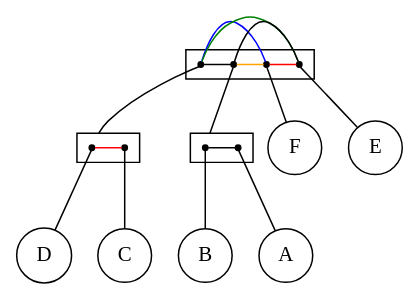
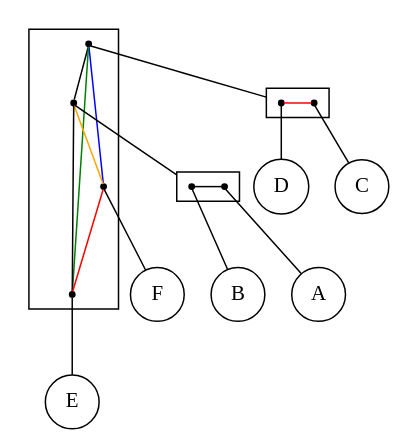
Before and after one commit to lrodrin/TFG: the diagram in src/final/Structure2.dot, drawn with Graphviz. The commit also changed 6 other files, not shown here.

```diff
--- a/src/final/Structure2.dot
+++ b/src/final/Structure2.dot
@@ -1,44 +1,44 @@
 digraph Structure2 {
 compound=true;
 fontname=Verdana;
 fontsize=12;
 newrank=true;
+splines=line;
 node [shape=circle];
 F;
 E;
 B;
 A;
 D;
 C;
-subgraph cluster_DFABEC {
+subgraph cluster_ADBECF {
 node [shape=point];
-s_DC -> s_BA  [color=black, arrowhead=none];
-s_DC -> s_F  [color=blue, arrowhead=none];
-s_DC -> s_E  [color=green, arrowhead=none];
-s_BA -> s_F  [color=orange, arrowhead=none];
-s_BA -> s_E  [color=black, arrowhead=none];
+s_CD -> s_AB  [color=black, arrowhead=none];
+s_CD -> s_F  [color=blue, arrowhead=none];
+s_CD -> s_E  [color=green, arrowhead=none];
+s_AB -> s_F  [color=orange, arrowhead=none];
+s_AB -> s_E  [color=black, arrowhead=none];
 s_F -> s_E  [color=red, arrowhead=none];
-{ rank=same; s_DC, s_BA, s_F, s_E, s_BA }
 }
 
-subgraph cluster_BA {
+subgraph cluster_AB {
 rank=same;
 node [shape=point];
 s_B -> s_A  [color=black, arrowhead=none];
 }
 
-subgraph cluster_DC {
+subgraph cluster_CD {
 rank=same;
 node [shape=point];
 s_D -> s_C  [color=red, arrowhead=none];
 }
 
-s_DC -> s_D  [lhead=cluster_DC, arrowhead=none];
-s_BA -> s_B  [lhead=cluster_BA, arrowhead=none];
+s_CD -> s_D  [lhead=cluster_CD, arrowhead=none];
+s_AB -> s_B  [lhead=cluster_AB, arrowhead=none];
 s_F -> F  [arrowhead=none];
 s_E -> E  [arrowhead=none];
 s_B -> B  [arrowhead=none];
 s_A -> A  [arrowhead=none];
 s_D -> D  [arrowhead=none];
 s_C -> C  [arrowhead=none];
 }
```
